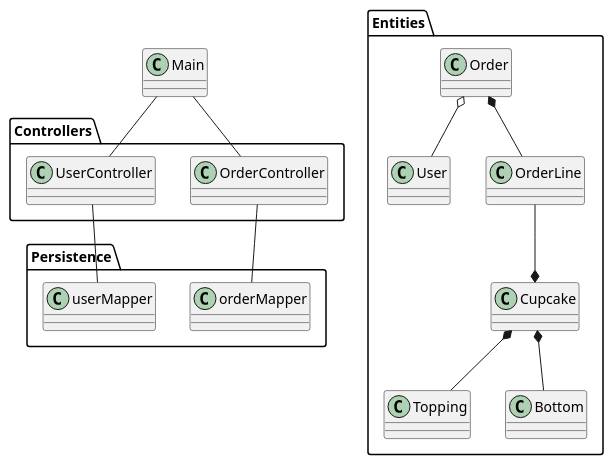
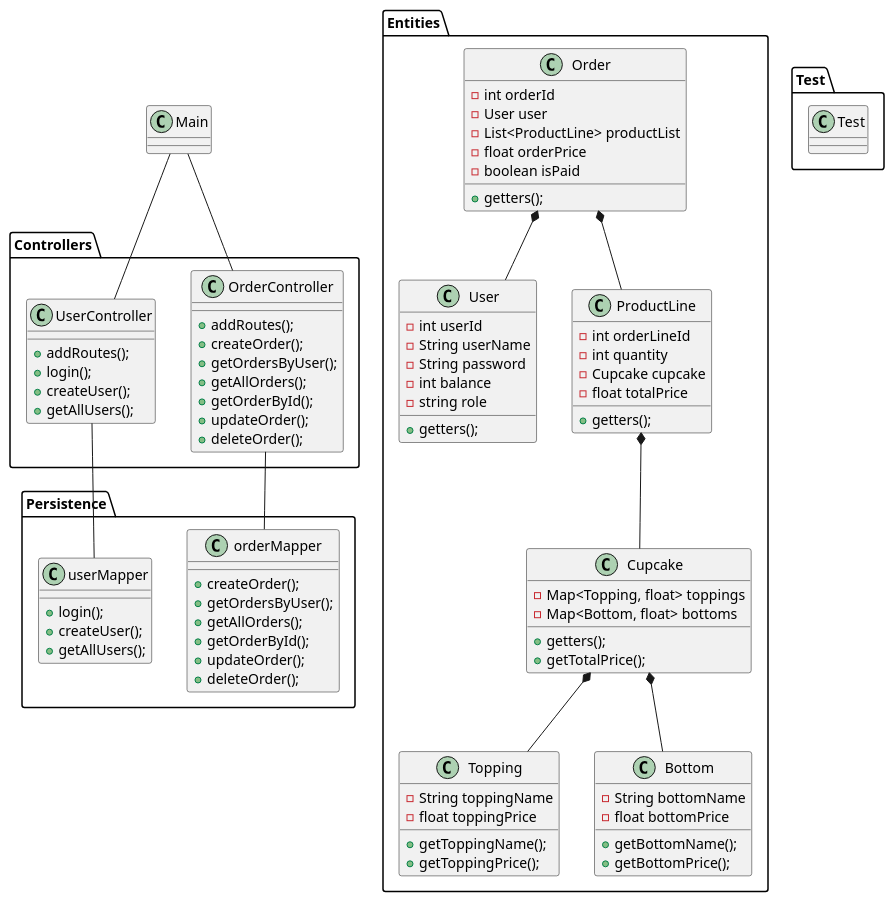
Before and after one commit to MojoOno/Cupcake: the diagram in Docs/ClassDiagram.puml, drawn with PlantUML.

```diff
--- a/Docs/ClassDiagram.puml
+++ b/Docs/ClassDiagram.puml
@@ -1,51 +1,103 @@
 @startuml
 
 
     class Main {
     }
 
 package "Entities" {
     class Cupcake {
+    - Map<Topping, float> toppings
+    - Map<Bottom, float> bottoms
+    + getters();
+    + getTotalPrice();
     }
 
     class Topping {
+    - String toppingName
+    - float toppingPrice
+    + getToppingName();
+    + getToppingPrice();
     }
 
     class Bottom {
+    - String bottomName
+    - float bottomPrice
+    + getBottomName();
+    + getBottomPrice();
     }
 
     class User {
+    - int userId
+    - String userName
+    - String password
+    - int balance
+    - string role
+    + getters();
+    }
+    class ProductLine {
+    - int orderLineId
+    - int quantity
+    - Cupcake cupcake
+    - float totalPrice
+    + getters();
     }
 
     class Order {
-    }
-
-    class OrderLine {
+    - int orderId
+    - User user
+    - List<ProductLine> productList
+    - float orderPrice
+    - boolean isPaid
+    + getters();
     }
 }
 Cupcake *-- Topping
 Cupcake *-- Bottom
 
 package "Persistence" {
     class orderMapper {
+    + createOrder();
+    + getOrdersByUser();
+    + getAllOrders();
+    + getOrderById();
+    + updateOrder();
+    + deleteOrder();
     }
 class userMapper {
+    + login();
+    + createUser();
+    + getAllUsers();
     }
 }
-Order *-- OrderLine
-Order o-- User
-OrderLine --* Cupcake
+Order *-- ProductLine
+Order *-- User
+ProductLine *-- Cupcake
 
 package "Controllers" {
     class UserController {
+    + addRoutes();
+    + login();
+    + createUser();
+    + getAllUsers();
     }
 
     class OrderController {
+    + addRoutes();
+    + createOrder();
+    + getOrdersByUser();
+    + getAllOrders();
+    + getOrderById();
+    + updateOrder();
+    + deleteOrder();
+    }
+}
+package "Test" {
+    class Test {
     }
 }
 Main -- UserController
 Main -- OrderController
 UserController -- userMapper
 OrderController -- orderMapper
 
 @enduml
```
